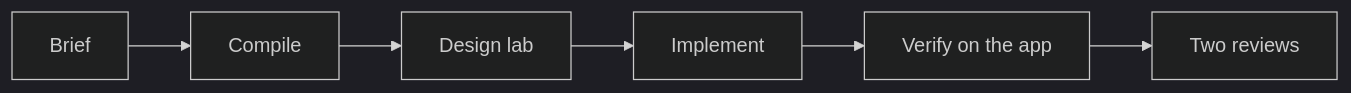
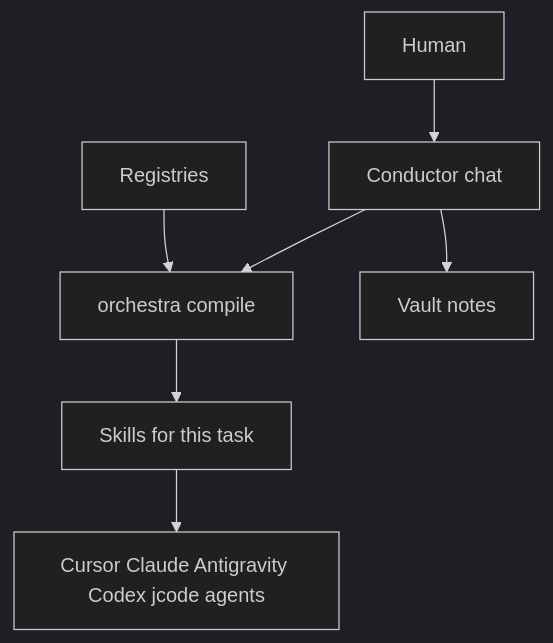
The first of 10 diagrams in README.md (mahik504/orchestra-workflow), drawn with Mermaid (dark theme) before and after one commit. The commit also changed other lines of this file and 416 other files, not shown here.

````diff
--- a/README.md
+++ b/README.md
@@ -37,8 +37,9 @@
 ```mermaid
-flowchart LR
-  brief[Brief] --> compile[Compile]
-  compile --> lab[Design lab]
-  lab --> build[Implement]
-  build --> verify[Verify on the app]
-  verify --> review[Two reviews]
+flowchart TB
+  human[Human] --> conductor[Conductor chat]
+  conductor --> compile[orchestra compile]
+  registries[Registries] --> compile
+  compile --> skills[Skills for this task]
+  conductor --> vault[Vault notes]
+  skills --> hosts[Cursor Claude Antigravity Codex jcode agents]
 ```
````
